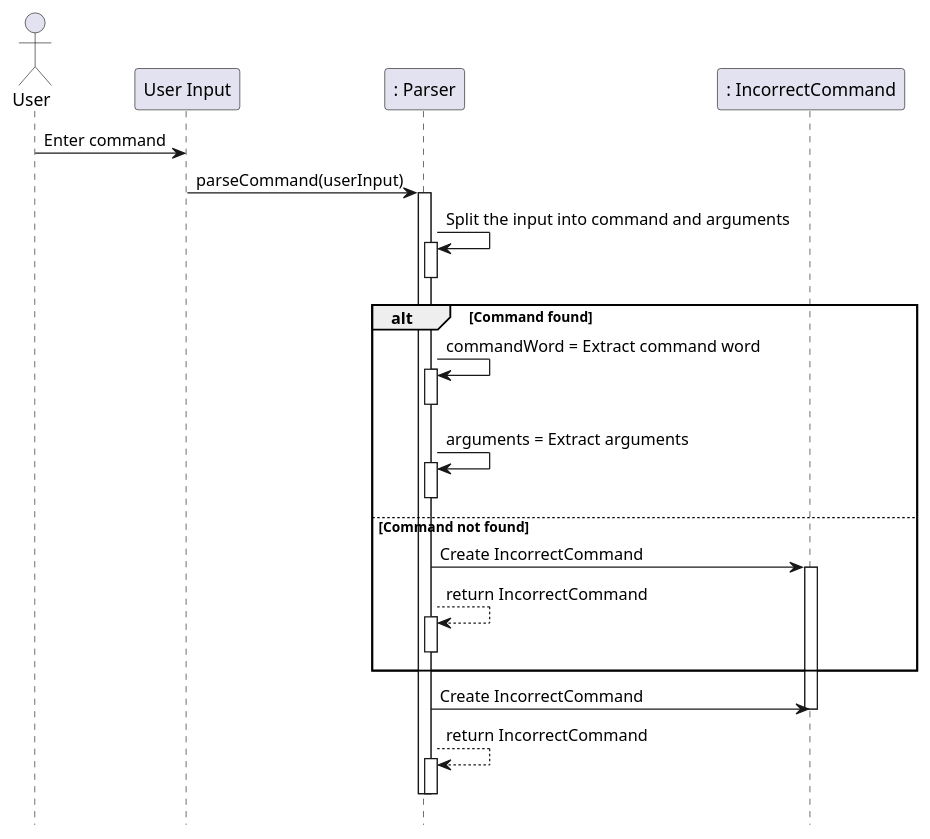
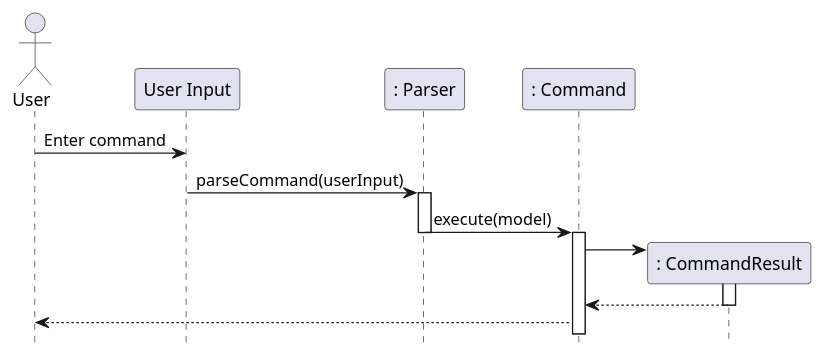
One commit to nus-cs2113-AY2324S1/tp changed the diagram in docs/UML Diagrams/ParserDiagram.puml. Above: the diagram before and after it, drawn with PlantUML.

Commit message:
changed parser diagram

```diff
--- a/docs/UML Diagrams/ParserDiagram.puml
+++ b/docs/UML Diagrams/ParserDiagram.puml
@@ -1,39 +1,26 @@
 @startuml
 hide footbox
 actor User
 participant "User Input" as UserInput
 participant ": Parser" as Parser
+participant ": Command" as Command
+participant ": CommandResult" as CommandResult
 
-participant ": IncorrectCommand" as IncorrectCommand
+
 User -> UserInput: Enter command
 UserInput -> Parser: parseCommand(userInput)
 activate Parser
+Parser -> Command: execute(model)
+deactivate Parser
+activate Command
+Create CommandResult
+Command -> CommandResult
+activate CommandResult
+CommandResult --> Command
+deactivate CommandResult
+Command --> User
 
-Parser -> Parser: Split the input into command and arguments
-activate Parser
-deactivate Parser
-alt Command found
-Parser -> Parser: commandWord = Extract command word
-activate Parser
-deactivate Parser
-Parser -> Parser: arguments = Extract arguments
-activate Parser
-deactivate Parser
-else Command not found
-Parser -> IncorrectCommand: Create IncorrectCommand
-activate IncorrectCommand
-Parser --> Parser: return IncorrectCommand
-activate Parser
-deactivate Parser
-end
-Parser -> IncorrectCommand: Create IncorrectCommand
-deactivate IncorrectCommand
 
-Parser --> Parser: return IncorrectCommand
-activate Parser
-deactivate Parser
-
-deactivate Parser
 
 
 @enduml
```
